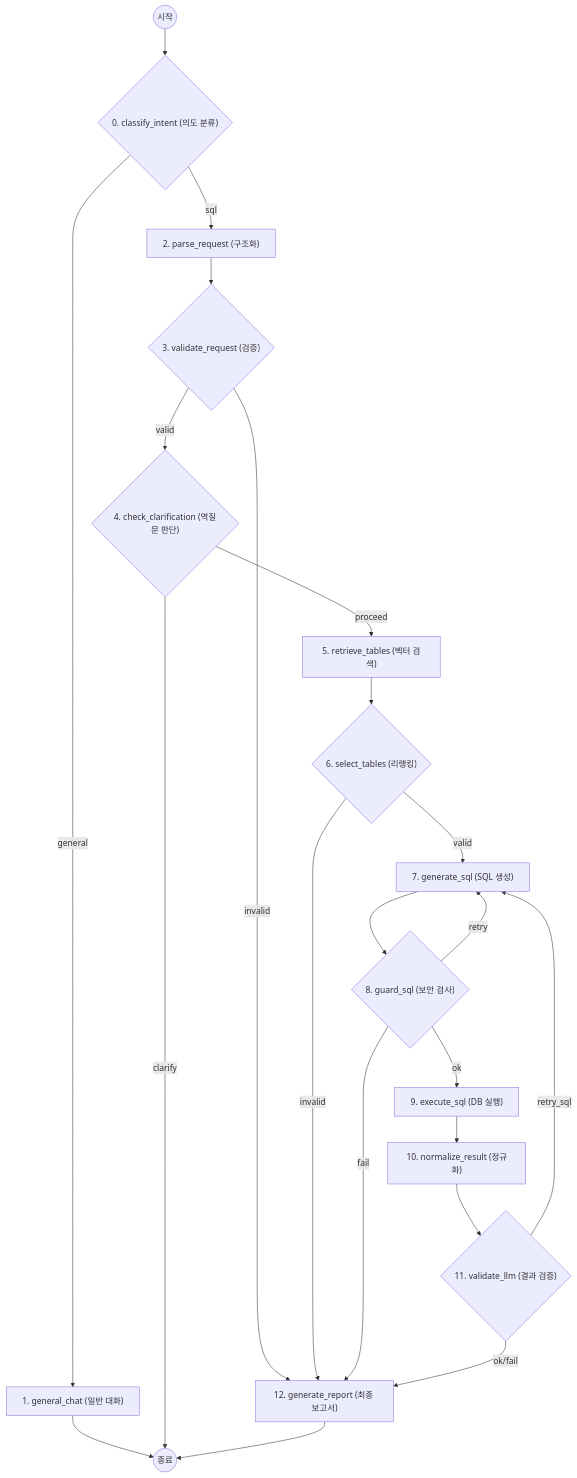
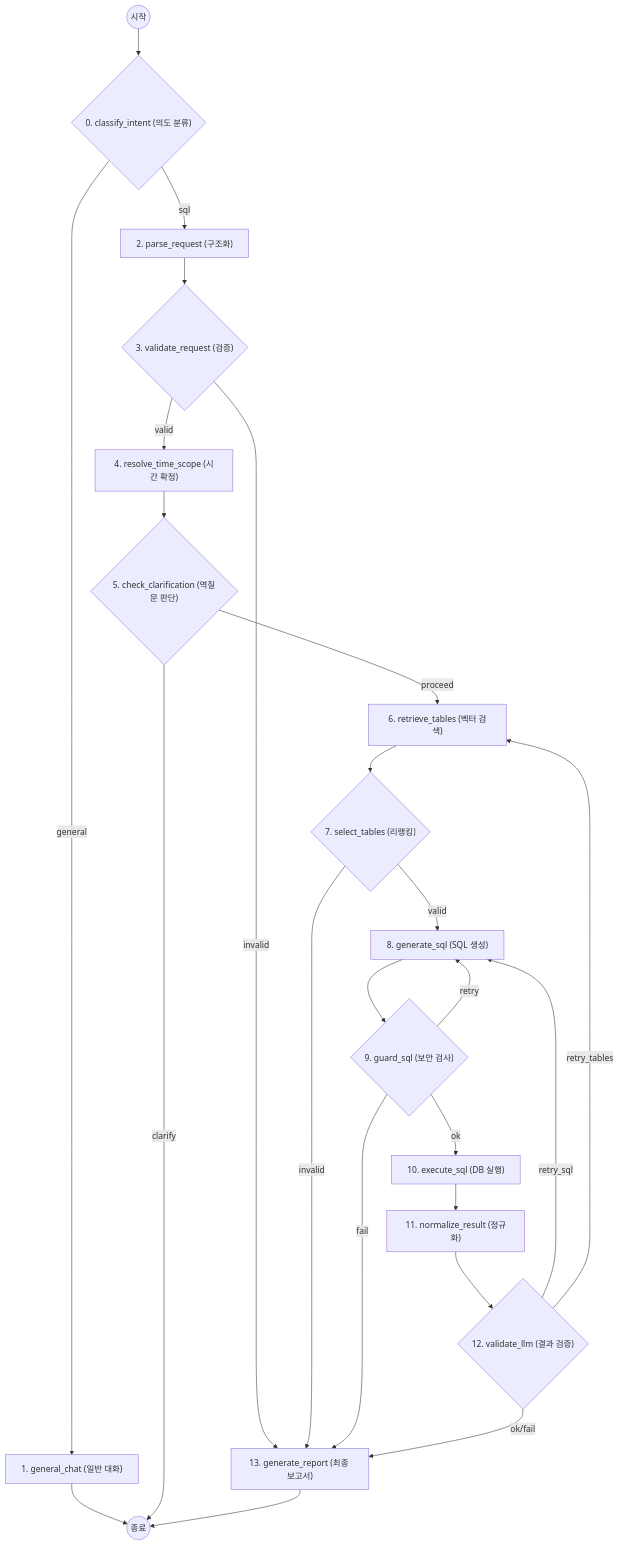
Before and after one commit to sonsukwoo/server-agent: the diagram in README.md, drawn with Mermaid. The commit also changed other lines of this file and 9 other files, not shown here.

Commit message:
feat(text_to_sql): 시간 범위 결정 노드(resolve_time_scope) 분리 및 후속질문 벡터 보강 검색 적용

````diff
--- a/README.md
+++ b/README.md
@@ -115,40 +120,42 @@
 ```mermaid
 graph TD
     %% Entry
     Start((시작)) --> classify_intent{"0. classify_intent (의도 분류)"}
 
     %% Intent Routing
     classify_intent -- "general" --> general_chat["1. general_chat (일반 대화)"]
     classify_intent -- "sql" --> parse_request["2. parse_request (구조화)"]
     general_chat --> End((종료))
 
-    %% Request Validation + HITL
+    %% Request Validation + Time Scope + HITL
     parse_request --> validate_request{"3. validate_request (검증)"}
-    validate_request -- "valid" --> check_clarification{"4. check_clarification (역질문 판단)"}
-    validate_request -- "invalid" --> generate_report["12. generate_report (최종 보고서)"]
+    validate_request -- "valid" --> resolve_time_scope["4. resolve_time_scope (시간 확정)"]
+    validate_request -- "invalid" --> generate_report["13. generate_report (최종 보고서)"]
+    resolve_time_scope --> check_clarification{"5. check_clarification (역질문 판단)"}
 
     check_clarification -- "clarify" --> End
-    check_clarification -- "proceed" --> retrieve_tables["5. retrieve_tables (벡터 검색)"]
+    check_clarification -- "proceed" --> retrieve_tables["6. retrieve_tables (벡터 검색)"]
 
     %% Table Selection
-    retrieve_tables --> select_tables{"6. select_tables (리랭킹)"}
-    select_tables -- "valid" --> generate_sql["7. generate_sql (SQL 생성)"]
+    retrieve_tables --> select_tables{"7. select_tables (리랭킹)"}
+    select_tables -- "valid" --> generate_sql["8. generate_sql (SQL 생성)"]
     select_tables -- "invalid" --> generate_report
 
     %% SQL Guard
-    generate_sql --> guard_sql{"8. guard_sql (보안 검사)"}
+    generate_sql --> guard_sql{"9. guard_sql (보안 검사)"}
     guard_sql -- "retry" --> generate_sql
-    guard_sql -- "ok" --> execute_sql["9. execute_sql (DB 실행)"]
+    guard_sql -- "ok" --> execute_sql["10. execute_sql (DB 실행)"]
     guard_sql -- "fail" --> generate_report
 
     %% Execution & Validation
-    execute_sql --> normalize_result["10. normalize_result (정규화)"]
-    normalize_result --> validate_llm{"11. validate_llm (결과 검증)"}
+    execute_sql --> normalize_result["11. normalize_result (정규화)"]
+    normalize_result --> validate_llm{"12. validate_llm (결과 검증)"}
 
     %% Cyclic Correction
     validate_llm -- "retry_sql" --> generate_sql
+    validate_llm -- "retry_tables" --> retrieve_tables
     validate_llm -- "ok/fail" --> generate_report
 
     %% End
     generate_report --> End
 ```
````
